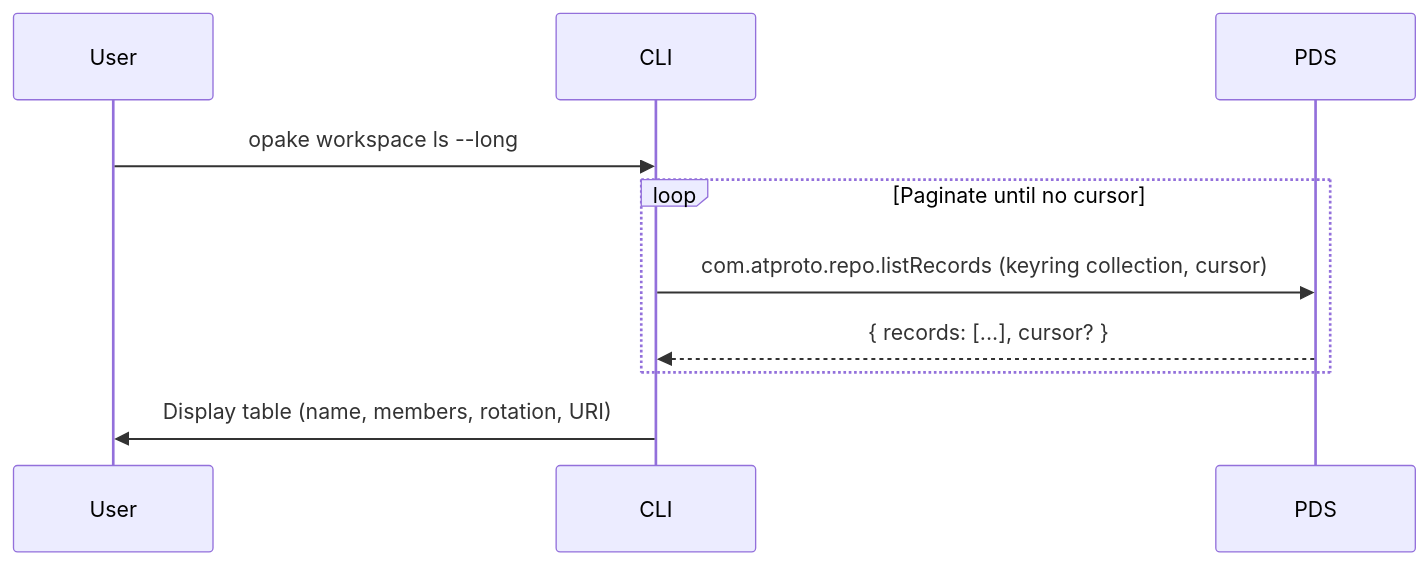
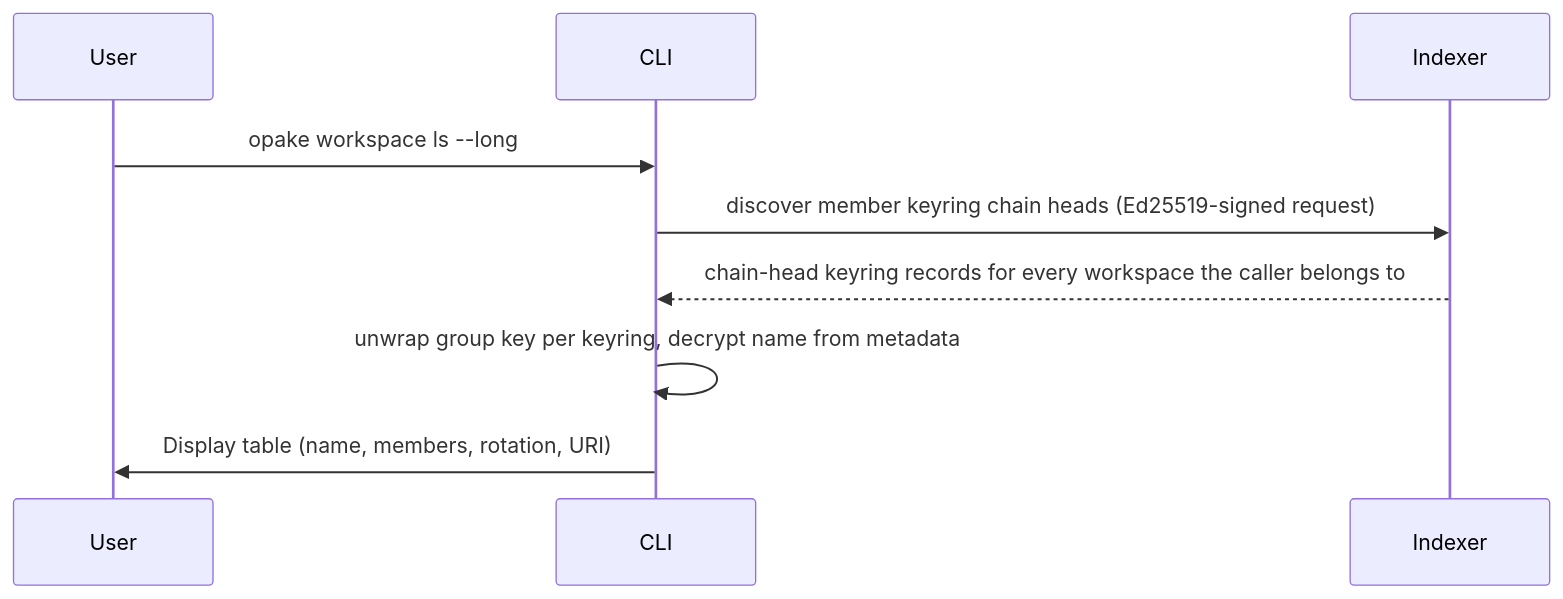
The third of 8 diagrams in docs/flows/keyrings.md (Sans-Self/Opake), drawn with Mermaid before and after one commit. The commit also changed other lines of this file and 35 other files, not shown here.

````diff
--- a/docs/flows/keyrings.md
+++ b/docs/flows/keyrings.md
@@ -61,15 +71,14 @@
 ```mermaid
 sequenceDiagram
     participant User
     participant CLI
-    participant PDS
+    participant IX as Indexer
 
     User->>CLI: opake workspace ls --long
 
-    loop Paginate until no cursor
-        CLI->>PDS: com.atproto.repo.listRecords (keyring collection, cursor)
-        PDS-->>CLI: { records: [...], cursor? }
-    end
+    CLI->>IX: discover member keyring chain heads (Ed25519-signed request)
+    IX-->>CLI: chain-head keyring records for every workspace the caller belongs to
 
+    CLI->>CLI: unwrap group key per keyring, decrypt name from metadata
     CLI->>User: Display table (name, members, rotation, URI)
 ```
````
